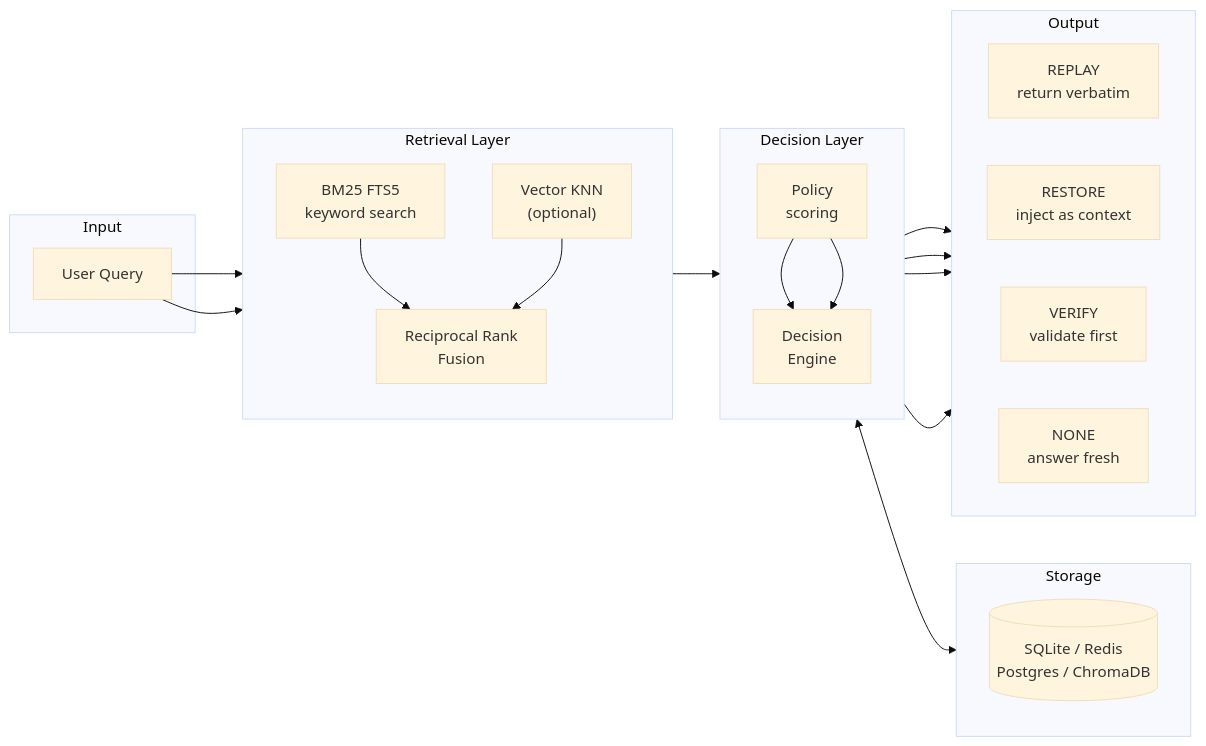
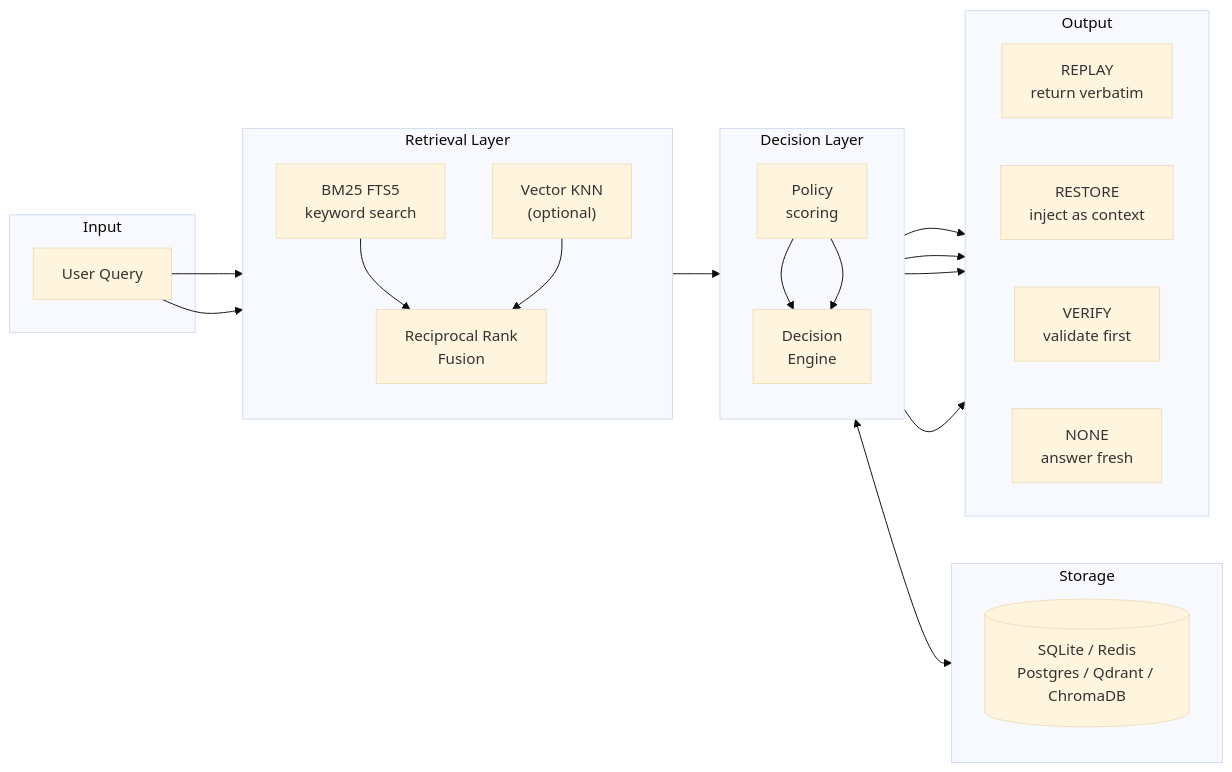
Before and after one commit to RemanenetSpy/agent-memory-sdk: the diagram in docs/architecture.md, drawn with Mermaid (base theme). The commit also changed other lines of this file and 34 other files, not shown here.

First line of the commit message:
Add vector search tests and configuration for Redis and Qdrant

````diff
--- a/docs/architecture.md
+++ b/docs/architecture.md
@@ -7,45 +7,45 @@
 ```mermaid
 flowchart LR
     subgraph Input["Input"]
         Q[User Query]
     end
 
     subgraph Retrieval["Retrieval Layer"]
         direction TB
         BM25["BM25 FTS5\nkeyword search"]
         VEC["Vector KNN\n(optional)"]
         RRF["Reciprocal Rank\nFusion"]
         BM25 --> RRF
         VEC  --> RRF
     end
 
     subgraph Decision["Decision Layer"]
         direction TB
         POL["Policy\nscoring"]
         ENG["Decision\nEngine"]
         POL --> ENG
     end
 
     subgraph Storage["Storage"]
         direction TB
-        DB[(SQLite / Redis\nPostgres / ChromaDB)]
+        DB[(SQLite / Redis\nPostgres / Qdrant / ChromaDB)]
     end
 
     subgraph Output["Output"]
         direction LR
         REPLAY["REPLAY\nreturn verbatim"]
         RESTORE["RESTORE\ninject as context"]
         VERIFY["VERIFY\nvalidate first"]
         NONE["NONE\nanswer fresh"]
     end
 
     Q --> BM25
     Q --> VEC
     RRF --> POL
     POL --> ENG
     ENG <--> DB
     ENG --> REPLAY
     ENG --> RESTORE
     ENG --> VERIFY
     ENG --> NONE
 ```
````
